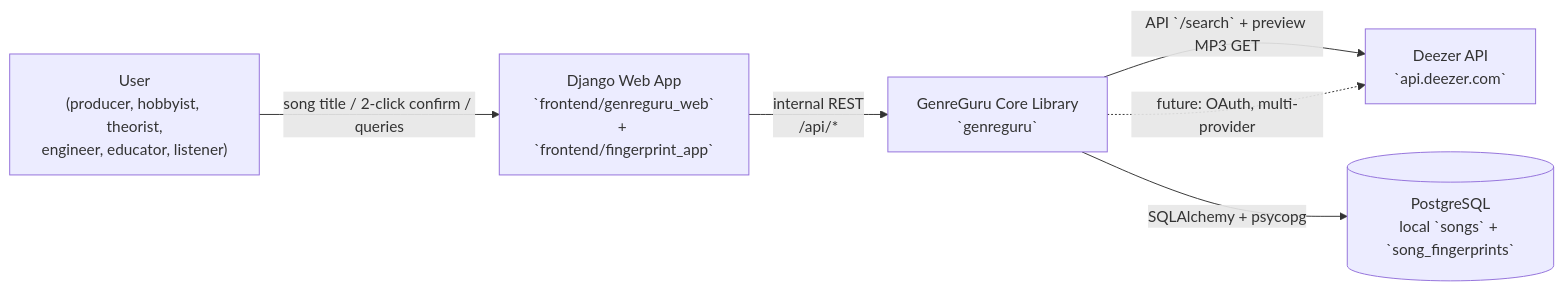
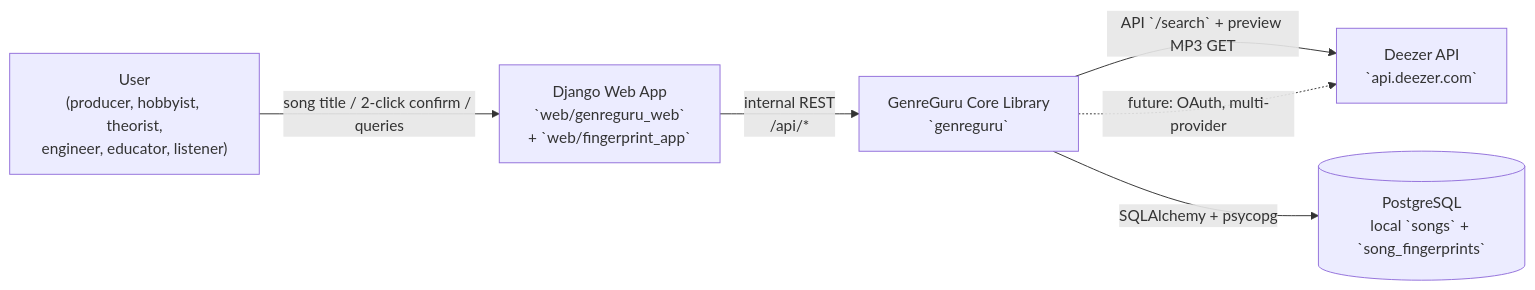
Before and after one commit to AhmedAl-Hayali/AgenticGenreGuru: the first of 2 diagrams in docs/001-song-fingerprint-engine/architecture.md, drawn with Mermaid. The commit also changed other lines of this file and 59 other files, not shown here.

Commit message:
chore(frntnd): migrate `frontend/` directory to `web/` directory

````diff
--- a/docs/001-song-fingerprint-engine/architecture.md
+++ b/docs/001-song-fingerprint-engine/architecture.md
@@ -47,14 +47,14 @@
 ```mermaid
 flowchart LR
     U["User\n(producer, hobbyist, theorist,\nengineer, educator, listener)"]
-    UI["Django Web App\n`frontend/genreguru_web`\n+ `frontend/fingerprint_app`"]
+    UI["Django Web App\n`web/genreguru_web`\n+ `web/fingerprint_app`"]
     CORE["GenreGuru Core Library\n`genreguru`"]
     DZ["Deezer API\n`api.deezer.com`"]
     DB[("PostgreSQL\nlocal `songs` + `song_fingerprints`")]
 
     U -->|song title / 2-click confirm / queries| UI
     UI -->|internal REST\n/api/*| CORE
     CORE -->|API `/search` + preview MP3 GET| DZ
     CORE -->|SQLAlchemy + psycopg| DB
     CORE -.->|future: OAuth, multi-provider| DZ
 ```
````
